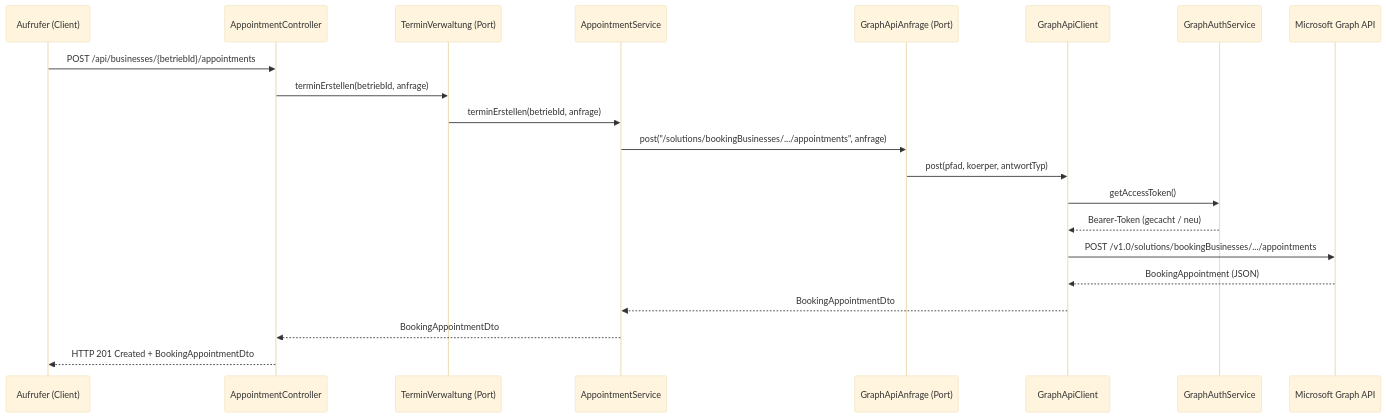
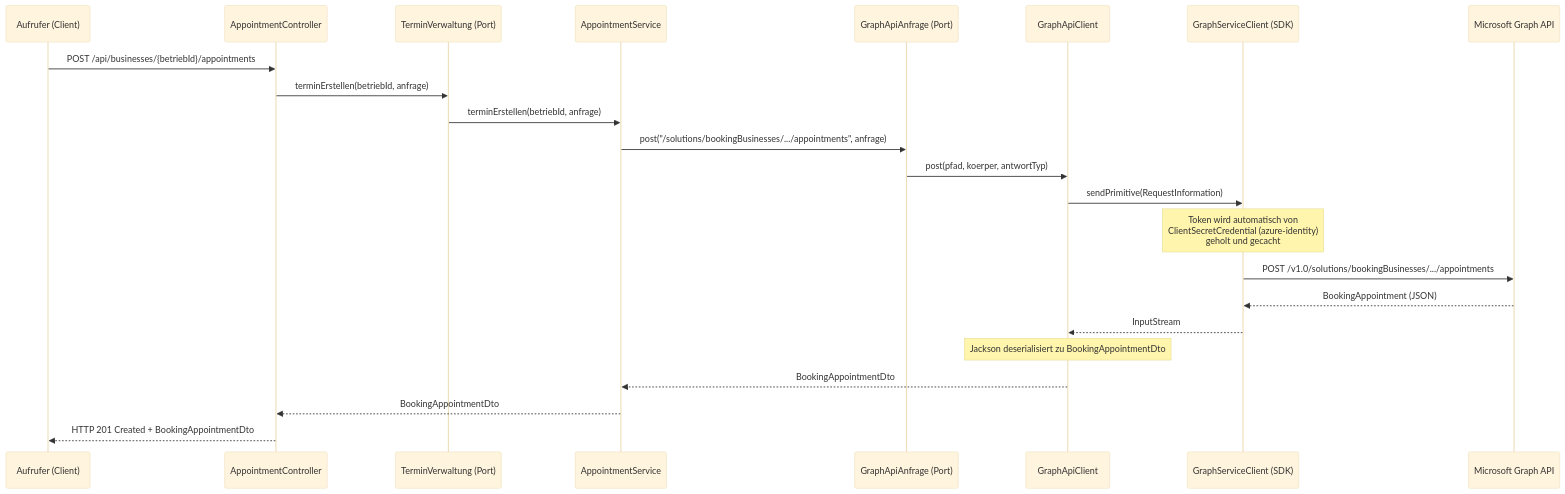
The third of 5 diagrams in docs/ARCHITEKTUR.md (rsaglobaltech/azure_booking_api), drawn with Mermaid (base theme) before and after one commit. The commit also changed other lines of this file and 55 other files, not shown here.

First line of the commit message:
Refactor Azure Booking Service: Update DTOs, Services, and Exception Handling

````diff
--- a/docs/ARCHITEKTUR.md
+++ b/docs/ARCHITEKTUR.md
@@ -202,24 +199,26 @@
 ```mermaid
 sequenceDiagram
     participant K as Aufrufer (Client)
     participant C as AppointmentController
     participant P as TerminVerwaltung (Port)
     participant S as AppointmentService
     participant Q as GraphApiAnfrage (Port)
     participant G as GraphApiClient
-    participant A as GraphAuthService
+    participant SDK as GraphServiceClient (SDK)
     participant MS as Microsoft Graph API
 
     K->>C: POST /api/businesses/{betriebId}/appointments
     C->>P: terminErstellen(betriebId, anfrage)
     P->>S: terminErstellen(betriebId, anfrage)
     S->>Q: post("/solutions/bookingBusinesses/.../appointments", anfrage)
     Q->>G: post(pfad, koerper, antwortTyp)
-    G->>A: getAccessToken()
-    A-->>G: Bearer-Token (gecacht / neu)
-    G->>MS: POST /v1.0/solutions/bookingBusinesses/.../appointments
-    MS-->>G: BookingAppointment (JSON)
+    G->>SDK: sendPrimitive(RequestInformation)
+    Note over SDK: Token wird automatisch von<br/>ClientSecretCredential (azure-identity)<br/>geholt und gecacht
+    SDK->>MS: POST /v1.0/solutions/bookingBusinesses/.../appointments
+    MS-->>SDK: BookingAppointment (JSON)
+    SDK-->>G: InputStream
+    Note over G: Jackson deserialisiert zu BookingAppointmentDto
     G-->>S: BookingAppointmentDto
     S-->>C: BookingAppointmentDto
     C-->>K: HTTP 201 Created + BookingAppointmentDto
 ```
````
